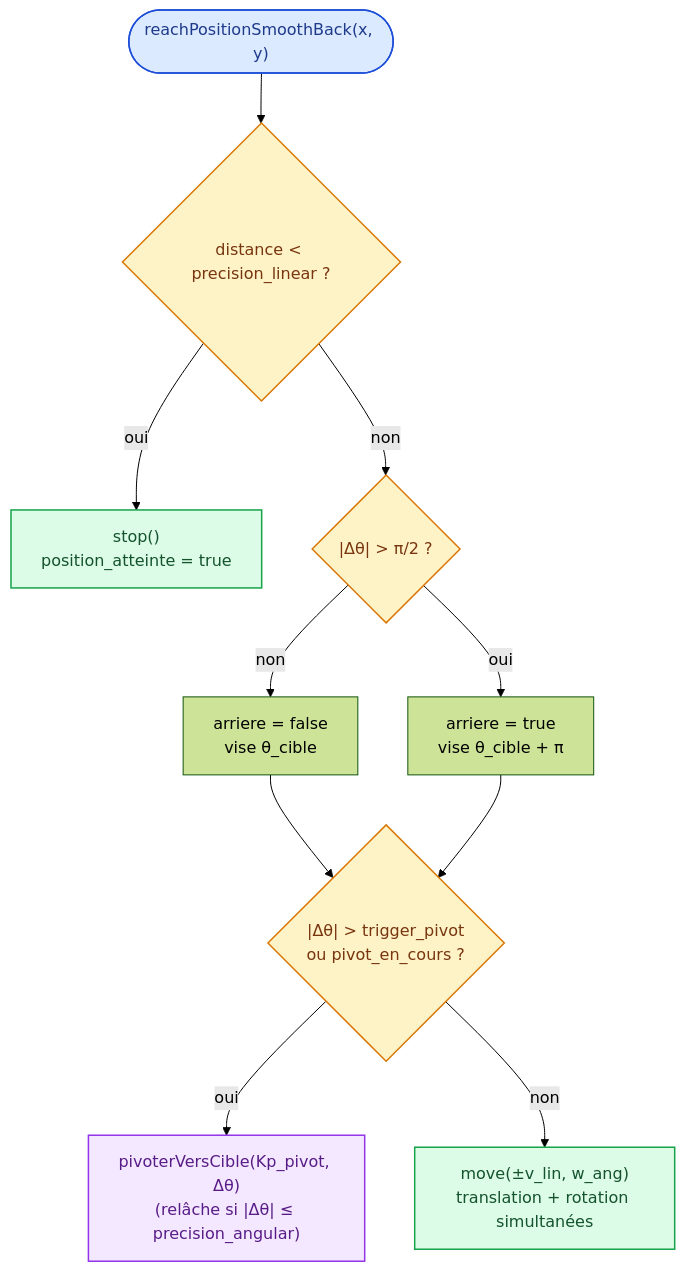
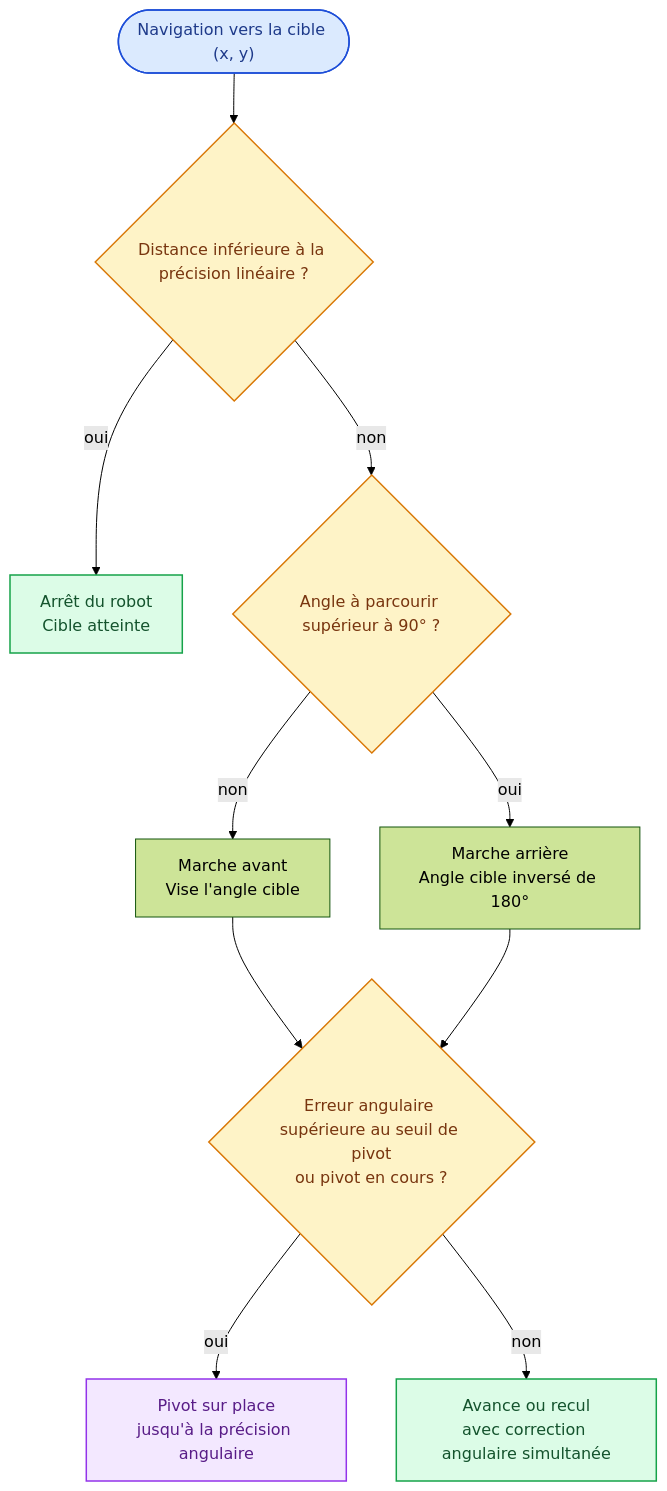
Before and after one commit to benoitdekeyn/E4SE_TD_TP: the sixth of 10 diagrams in robotique_et_navigation/Rapport/Rapport.md, drawn with Mermaid (forest theme). The commit also changed other lines of this file and 1 other file, not shown here.

````diff
--- a/robotique_et_navigation/Rapport/Rapport.md
+++ b/robotique_et_navigation/Rapport/Rapport.md
@@ -583,30 +664,30 @@
 ```mermaid
 flowchart TB
-    START(["`reachPositionSmoothBack(x, y)`"])
-    DIST{"`distance < precision_linear ?`"}
-    DONE["`stop()<br/>position_atteinte = true`"]
-    BACK{"`|Δθ| > π/2 ?`"}
-    FWD_M["`arriere = false<br/>vise θ_cible`"]
-    BWD_M["`arriere = true<br/>vise θ_cible + π`"]
-    TRIG{"`|Δθ| > trigger_pivot<br/>ou pivot_en_cours ?`"}
-    PIV["`pivoterVersCible(Kp_pivot, Δθ)<br/>(relâche si |Δθ| ≤ precision_angular)`"]
-    MOVE["`move(±v_lin, w_ang)<br/>translation + rotation simultanées`"]
+    START(["`Navigation vers la cible (x, y)`"])
+    DIST{"`Distance inférieure à la précision linéaire ?`"}
+    DONE["`Arrêt du robot<br/>Cible atteinte`"]
+    BACK{"`Angle à parcourir supérieur à 90° ?`"}
+    FWD_M["`Marche avant<br/>Vise l'angle cible`"]
+    BWD_M["`Marche arrière<br/>Angle cible inversé de 180°`"]
+    TRIG{"`Erreur angulaire supérieure au seuil de pivot<br/>ou pivot en cours ?`"}
+    PIV["`Pivot sur place<br/>jusqu'à la précision angulaire`"]
+    MOVE["`Avance ou recul<br/>avec correction angulaire simultanée`"]
 
     START --> DIST
     DIST -->|"oui"| DONE
     DIST -->|"non"| BACK
     BACK -->|"non"| FWD_M
     BACK -->|"oui"| BWD_M
     FWD_M --> TRIG
     BWD_M --> TRIG
     TRIG -->|"oui"| PIV
     TRIG -->|"non"| MOVE
 
     style START fill:#dbeafe,stroke:#1d4ed8,stroke-width:1.5px,color:#1e3a8a
     style DONE fill:#dcfce7,stroke:#16a34a,stroke-width:1.5px,color:#14532d
     style DIST fill:#fef3c7,stroke:#d97706,stroke-width:1.5px,color:#78350f
     style BACK fill:#fef3c7,stroke:#d97706,stroke-width:1.5px,color:#78350f
     style TRIG fill:#fef3c7,stroke:#d97706,stroke-width:1.5px,color:#78350f
     style PIV fill:#f3e8ff,stroke:#9333ea,stroke-width:1.5px,color:#581c87
     style MOVE fill:#dcfce7,stroke:#16a34a,stroke-width:1.5px,color:#14532d
 ```
````
